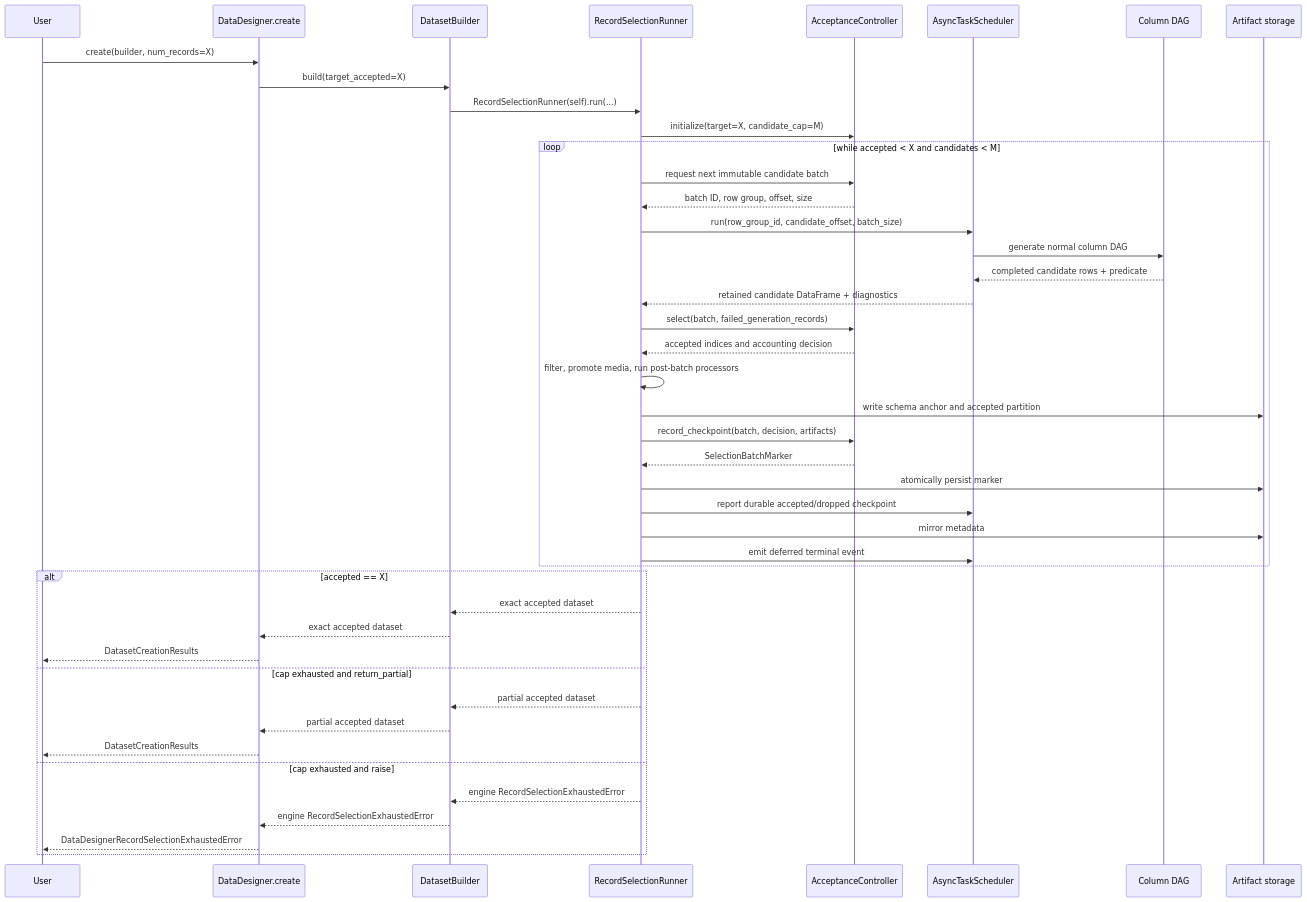
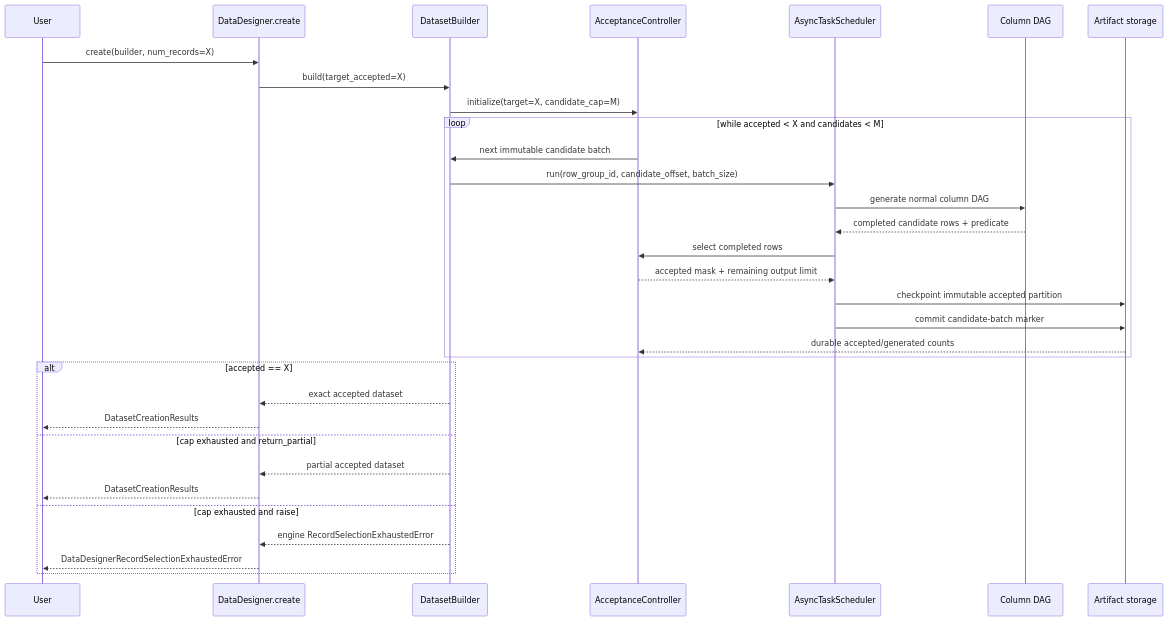
Before and after one commit to NVIDIA-NeMo/DataDesigner: the second of 7 diagrams in plans/790/engine-native-record-selection.md, drawn with Mermaid. The commit also changed other lines of this file and 14 other files, not shown here.

Commit message:
refactor: narrow record selection v1

````diff
--- a/plans/790/engine-native-record-selection.md
+++ b/plans/790/engine-native-record-selection.md
@@ -314,49 +302,37 @@
 ```mermaid
 sequenceDiagram
     participant U as User
     participant I as DataDesigner.create
     participant B as DatasetBuilder
-    participant R as RecordSelectionRunner
     participant A as AcceptanceController
     participant S as AsyncTaskScheduler
     participant G as Column DAG
     participant P as Artifact storage
 
     U->>I: create(builder, num_records=X)
     I->>B: build(target_accepted=X)
-    B->>R: RecordSelectionRunner(self).run(...)
-    R->>A: initialize(target=X, candidate_cap=M)
+    B->>A: initialize(target=X, candidate_cap=M)
 
     loop while accepted < X and candidates < M
-        R->>A: request next immutable candidate batch
-        A-->>R: batch ID, row group, offset, size
-        R->>S: run(row_group_id, candidate_offset, batch_size)
+        A->>B: next immutable candidate batch
+        B->>S: run(row_group_id, candidate_offset, batch_size)
         S->>G: generate normal column DAG
         G-->>S: completed candidate rows + predicate
-        S-->>R: retained candidate DataFrame + diagnostics
-        R->>A: select(batch, failed_generation_records)
-        A-->>R: accepted indices and accounting decision
-        R->>R: filter, promote media, run post-batch processors
-        R->>P: write schema anchor and accepted partition
-        R->>A: record_checkpoint(batch, decision, artifacts)
-        A-->>R: SelectionBatchMarker
-        R->>P: atomically persist marker
-        R->>S: report durable accepted/dropped checkpoint
-        R->>P: mirror metadata
-        R->>S: emit deferred terminal event
+        S->>A: select completed rows
+        A-->>S: accepted mask + remaining output limit
+        S->>P: checkpoint immutable accepted partition
+        S->>P: commit candidate-batch marker
+        P-->>A: durable accepted/generated counts
     end
 
     alt accepted == X
-        R-->>B: exact accepted dataset
         B-->>I: exact accepted dataset
         I-->>U: DatasetCreationResults
     else cap exhausted and return_partial
-        R-->>B: partial accepted dataset
         B-->>I: partial accepted dataset
         I-->>U: DatasetCreationResults
     else cap exhausted and raise
-        R-->>B: engine RecordSelectionExhaustedError
         B-->>I: engine RecordSelectionExhaustedError
         I-->>U: DataDesignerRecordSelectionExhaustedError
     end
 ```
````
